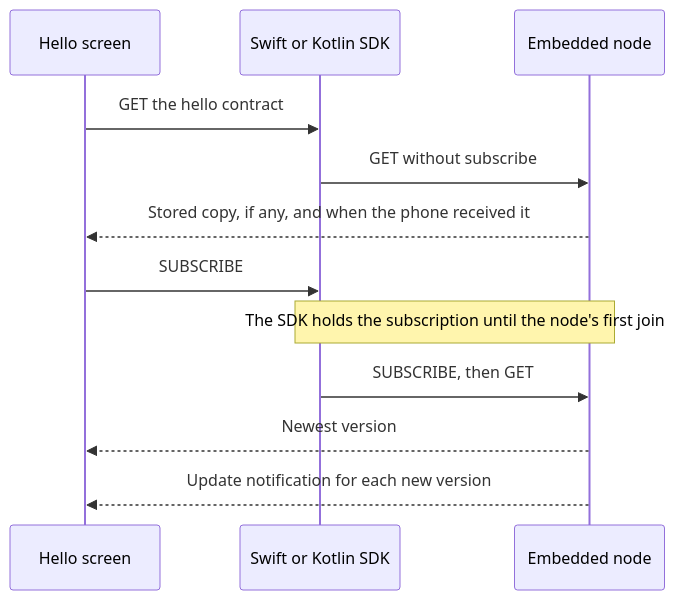
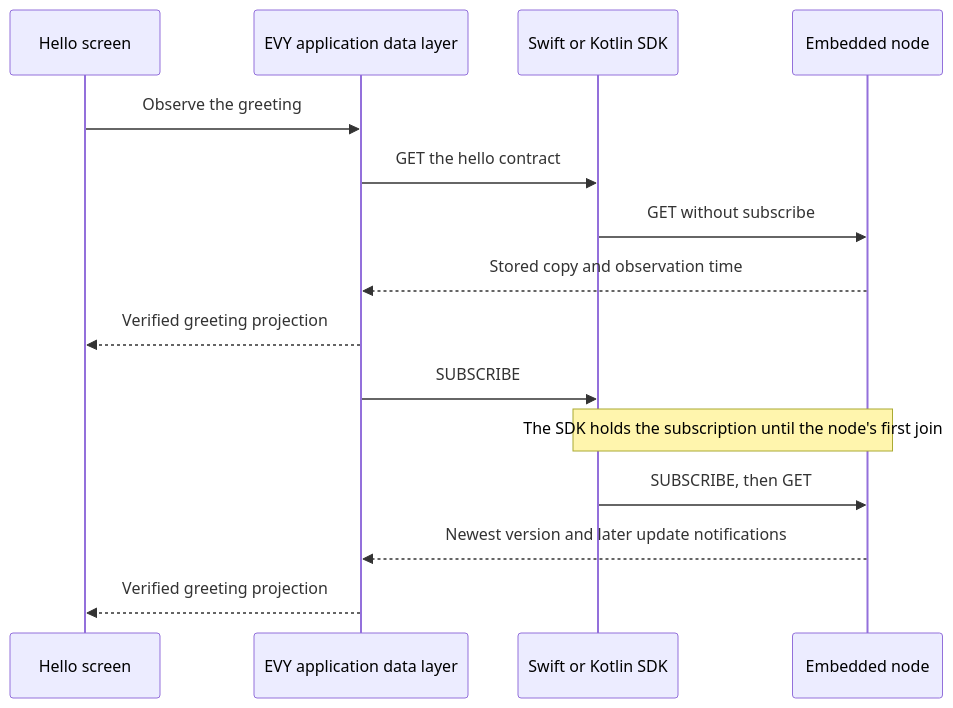
The second of 3 diagrams in 2-evy-on-freenet/01-hello-evy-world.md (EVY-Platform/evy-freenet-plans), drawn with Mermaid before and after one commit. The commit also changed other lines of this file and 35 other files, not shown here.

````diff
--- a/2-evy-on-freenet/01-hello-evy-world.md
+++ b/2-evy-on-freenet/01-hello-evy-world.md
@@ -95,14 +95,17 @@
 ```mermaid
 sequenceDiagram
     participant Screen as Hello screen
+    participant Data as EVY application data layer
     participant SDK as Swift or Kotlin SDK
     participant Node as Embedded node
-    Screen->>SDK: GET the hello contract
+    Screen->>Data: Observe the greeting
+    Data->>SDK: GET the hello contract
     SDK->>Node: GET without subscribe
-    Node-->>Screen: Stored copy, if any, and when the phone received it
-    Screen->>SDK: SUBSCRIBE
+    Node-->>Data: Stored copy and observation time
+    Data-->>Screen: Verified greeting projection
+    Data->>SDK: SUBSCRIBE
     Note over SDK,Node: The SDK holds the subscription until the node's first join
     SDK->>Node: SUBSCRIBE, then GET
-    Node-->>Screen: Newest version
-    Node-->>Screen: Update notification for each new version
+    Node-->>Data: Newest version and later update notifications
+    Data-->>Screen: Verified greeting projection
 ```
````
